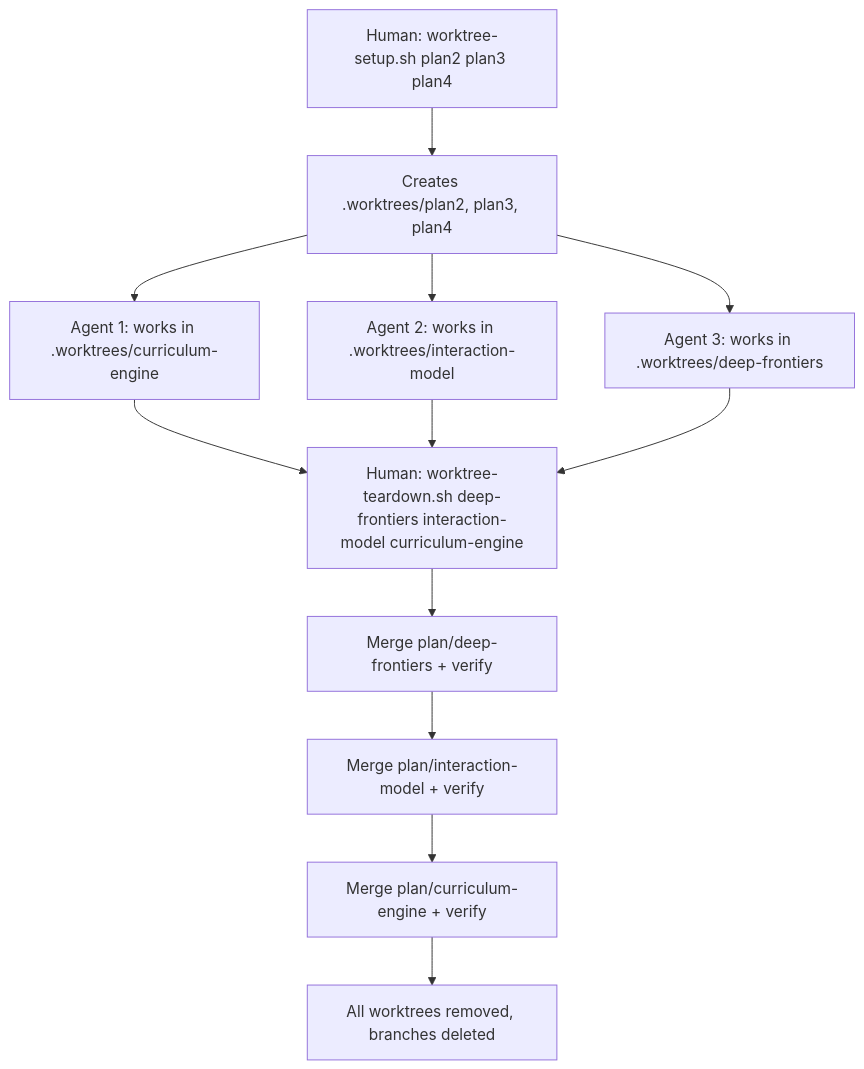
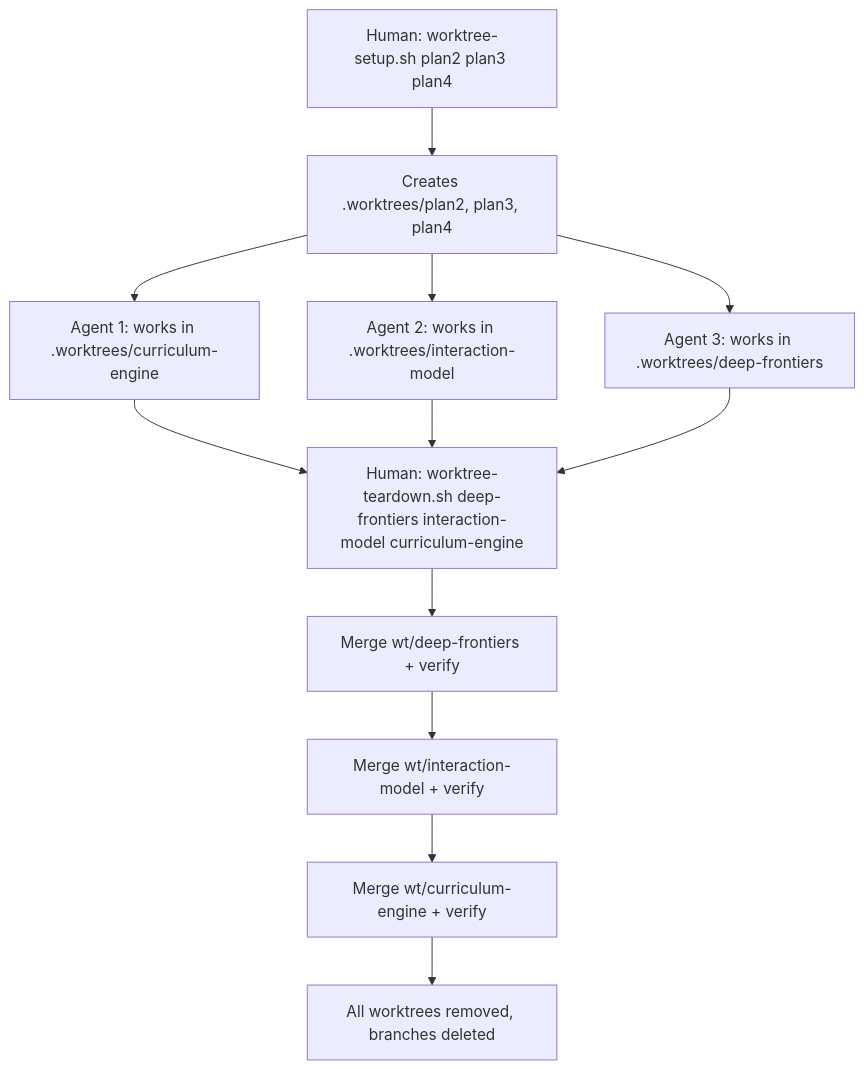
One commit to altakleos/sensei changed the diagram in docs/operations/parallel-agents.md. Above: the diagram before and after it, drawn with Mermaid. The commit also changed other lines of this file and 4 other files, not shown here.

````diff
--- a/docs/operations/parallel-agents.md
+++ b/docs/operations/parallel-agents.md
@@ -24,14 +24,14 @@
 ```mermaid
 flowchart TD
     A[Human: worktree-setup.sh plan2 plan3 plan4] --> B[Creates .worktrees/plan2, plan3, plan4]
     B --> C[Agent 1: works in .worktrees/curriculum-engine]
     B --> D[Agent 2: works in .worktrees/interaction-model]
     B --> E[Agent 3: works in .worktrees/deep-frontiers]
     C --> F[Human: worktree-teardown.sh deep-frontiers interaction-model curriculum-engine]
     D --> F
     E --> F
-    F --> G[Merge plan/deep-frontiers + verify]
-    G --> H[Merge plan/interaction-model + verify]
-    H --> I[Merge plan/curriculum-engine + verify]
+    F --> G[Merge wt/deep-frontiers + verify]
+    G --> H[Merge wt/interaction-model + verify]
+    H --> I[Merge wt/curriculum-engine + verify]
     I --> J[All worktrees removed, branches deleted]
 ```
````
